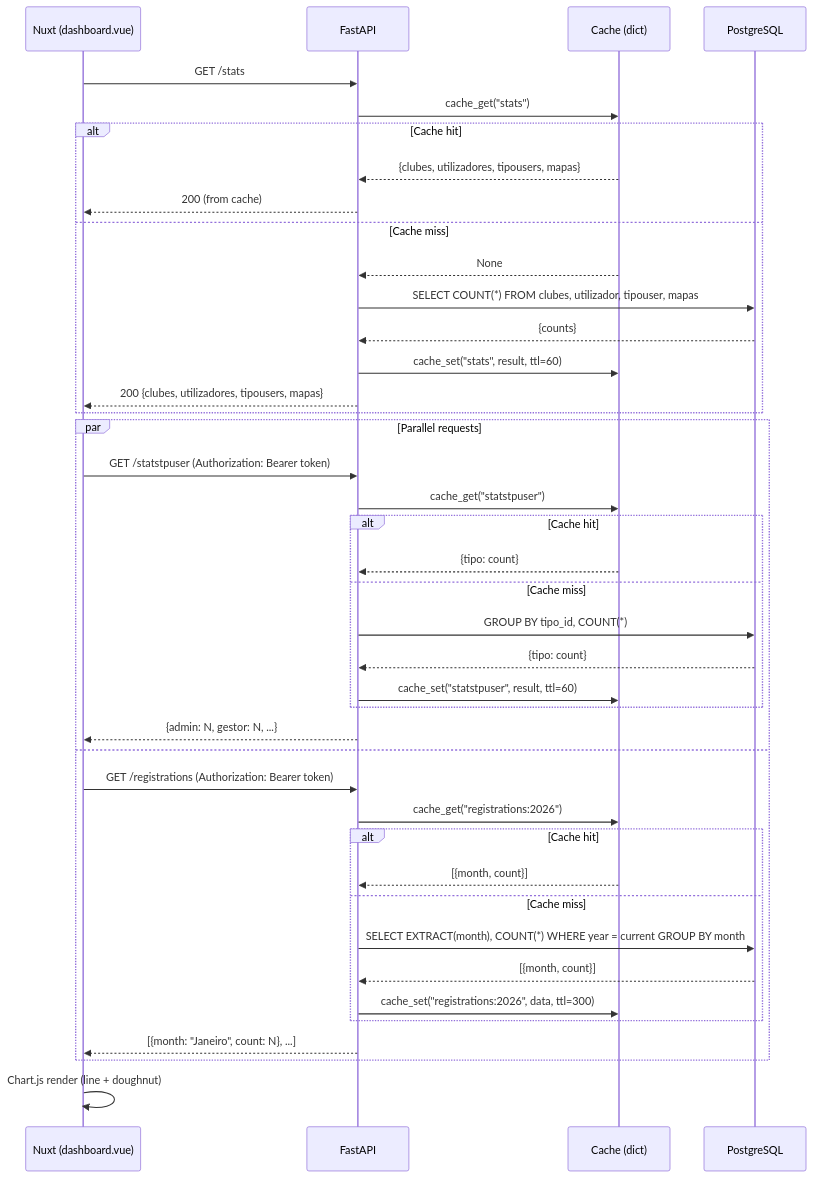
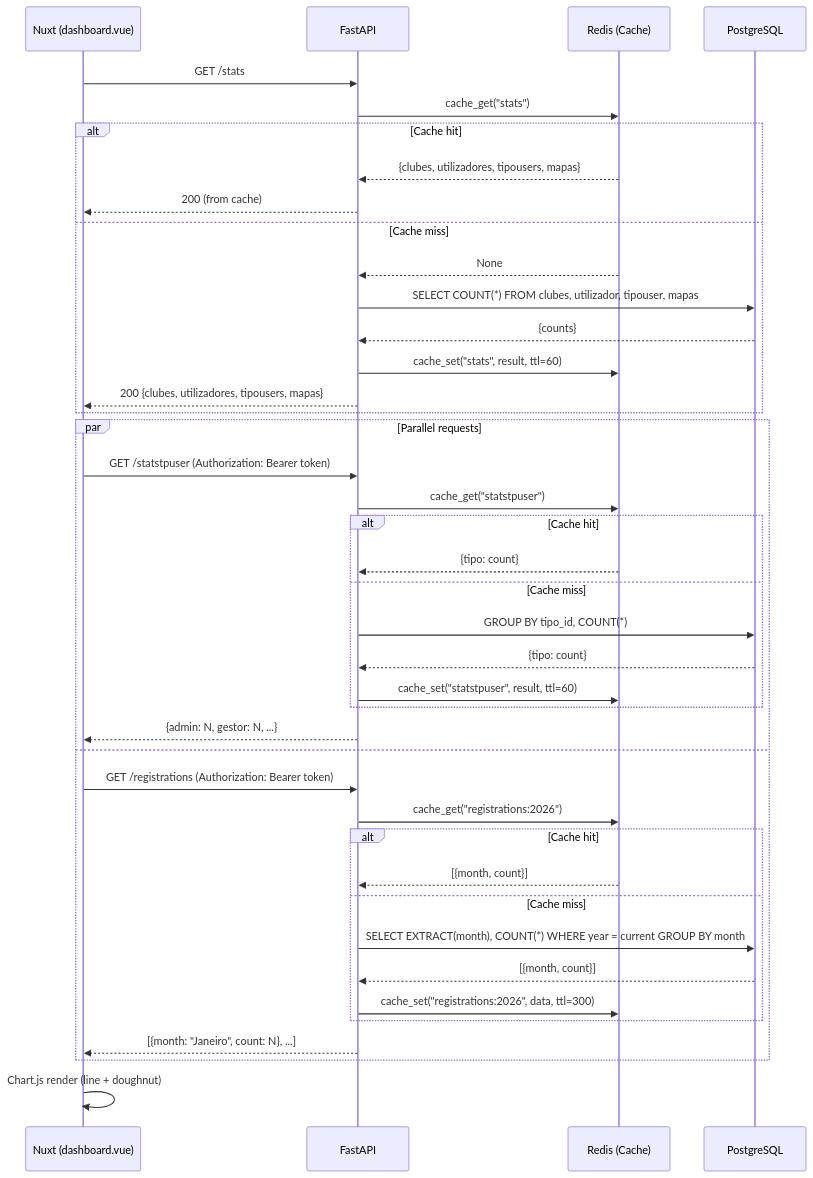
One commit to Wand-DenaXy/-Manueli-s-Clubes changed the tenth of 11 diagrams in README.md. Above: the diagram before and after it, drawn with Mermaid. The commit also changed other lines of this file and 5 other files, not shown here.

````diff
--- a/README.md
+++ b/README.md
@@ -698,46 +831,46 @@
 ```mermaid
 sequenceDiagram
     participant F as Nuxt (dashboard.vue)
     participant API as FastAPI
-    participant C as Cache (dict)
+    participant C as Redis (Cache)
     participant DB as PostgreSQL
 
     F->>API: GET /stats
     API->>C: cache_get("stats")
     alt Cache hit
         C-->>API: {clubes, utilizadores, tipousers, mapas}
         API-->>F: 200 (from cache)
     else Cache miss
         C-->>API: None
         API->>DB: SELECT COUNT(*) FROM clubes, utilizador, tipouser, mapas
         DB-->>API: {counts}
         API->>C: cache_set("stats", result, ttl=60)
         API-->>F: 200 {clubes, utilizadores, tipousers, mapas}
     end
 
     par Parallel requests
         F->>API: GET /statstpuser (Authorization: Bearer token)
         API->>C: cache_get("statstpuser")
         alt Cache hit
             C-->>API: {tipo: count}
         else Cache miss
             API->>DB: GROUP BY tipo_id, COUNT(*)
             DB-->>API: {tipo: count}
             API->>C: cache_set("statstpuser", result, ttl=60)
         end
         API-->>F: {admin: N, gestor: N, ...}
     and
         F->>API: GET /registrations (Authorization: Bearer token)
         API->>C: cache_get("registrations:2026")
         alt Cache hit
             C-->>API: [{month, count}]
         else Cache miss
             API->>DB: SELECT EXTRACT(month), COUNT(*) WHERE year = current GROUP BY month
             DB-->>API: [{month, count}]
             API->>C: cache_set("registrations:2026", data, ttl=300)
         end
         API-->>F: [{month: "Janeiro", count: N}, ...]
     end
 
     F->>F: Chart.js render (line + doughnut)
 ```
````
